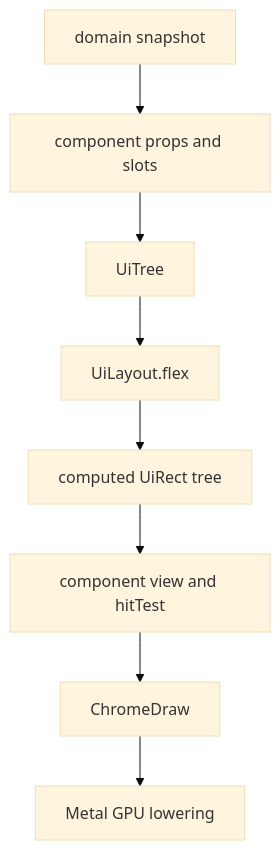
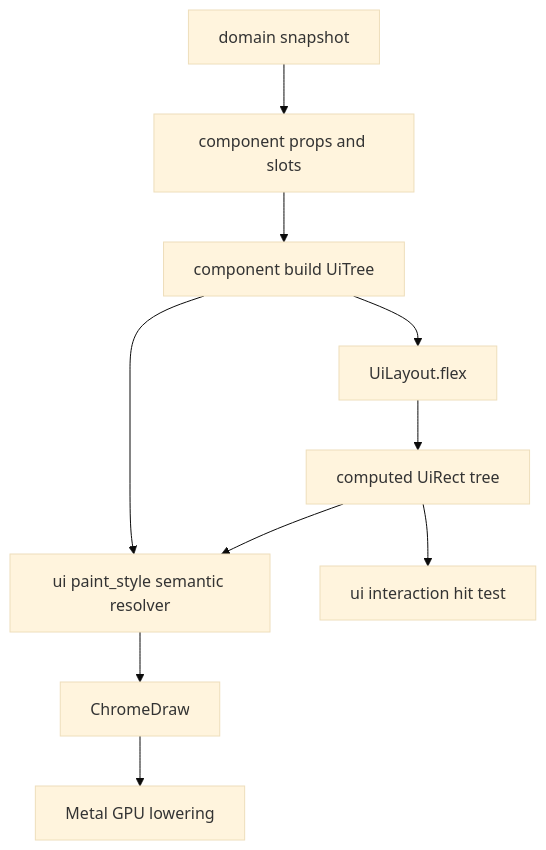
One commit to ohah/maru changed the first of 3 diagrams in docs/metal-ui-layout.md. Above: the diagram before and after it, drawn with Mermaid (base theme). The commit also changed other lines of this file and 15 other files, not shown here.

Commit message:
feat(chrome): add typed UI paint resolver

````diff
--- a/docs/metal-ui-layout.md
+++ b/docs/metal-ui-layout.md
@@ -16,10 +16,12 @@
 ```mermaid
 flowchart TD
     A[domain snapshot] --> B[component props and slots]
-    B --> C[UiTree]
+    B --> C[component build UiTree]
     C --> D[UiLayout.flex]
     D --> E[computed UiRect tree]
-    E --> F[component view and hitTest]
-    F --> G[ChromeDraw]
-    G --> H[Metal GPU lowering]
+    C --> F[ui paint_style semantic resolver]
+    E --> F
+    E --> G[ui interaction hit test]
+    F --> H[ChromeDraw]
+    H --> I[Metal GPU lowering]
 ```
````
